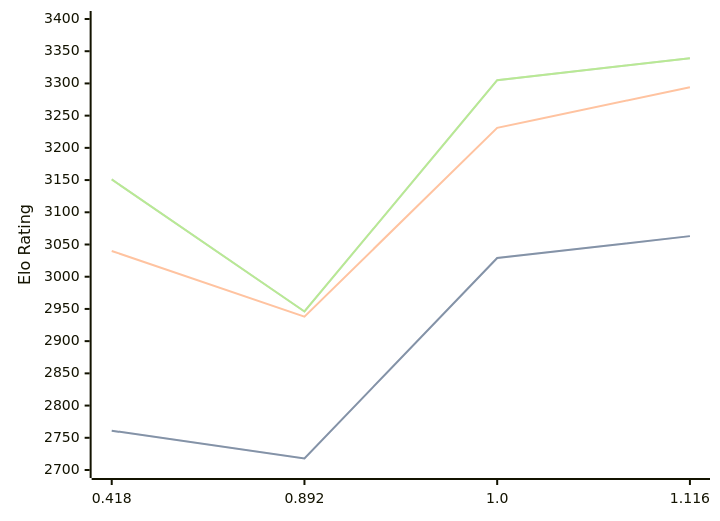
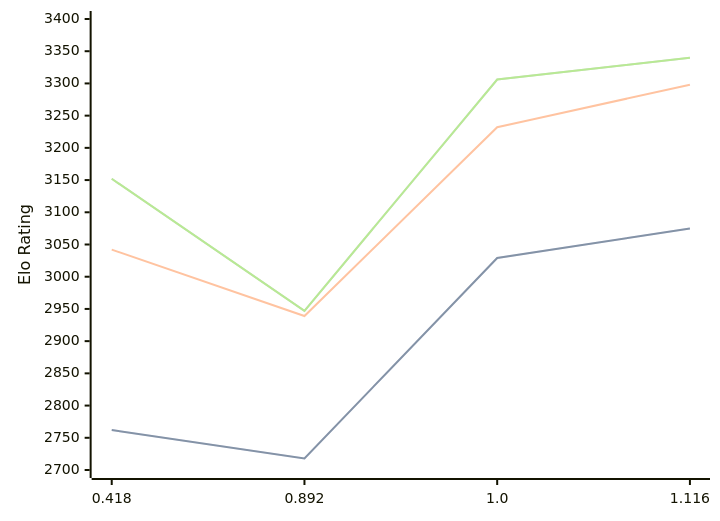
Before and after one commit to computer-chess-index/cci: the diagram in engines/Malika.md, drawn with Mermaid. The commit also changed other lines of this file, not shown here.

Commit message:
Update CCI Ratings (ELO VLTC) - 2026-05-14

````diff
--- a/engines/Malika.md
+++ b/engines/Malika.md
@@ -34,11 +34,11 @@
 ```mermaid
 %%{init: {"theme":"base","themeVariables":{"seriesColors:['#a3a3a3','#222221','#faa371']}}}%%
 xychart-beta
   x-axis ["0.418", "0.892", "1.0", "1.116"]
   y-axis "Elo Rating" 2700 --> 3400
-  line "STC (8.0+0.08s)" [2761, 2718, 3029, 3063]
-  line "STC (8.0+0.08s)" [2761, 2718, 3029, 3063]
-  line "LTC (60.0+0.60s)" [3040, 2938, 3231, 3294]
-  line "VLTC (2m24s+1.12s)" [3151, 2946, 3305, 3339]
-  line "VLTC (2m24s+1.12s)" [3151, 2946, 3305, 3339]
+  line "STC (8.0+0.08s)" [2762, 2718, 3029, 3075]
+  line "STC (8.0+0.08s)" [2762, 2718, 3029, 3075]
+  line "LTC (60.0+0.60s)" [3042, 2939, 3232, 3298]
+  line "VLTC (2m24s+1.12s)" [3152, 2947, 3306, 3340]
+  line "VLTC (2m24s+1.12s)" [3152, 2947, 3306, 3340]
 ```
````
